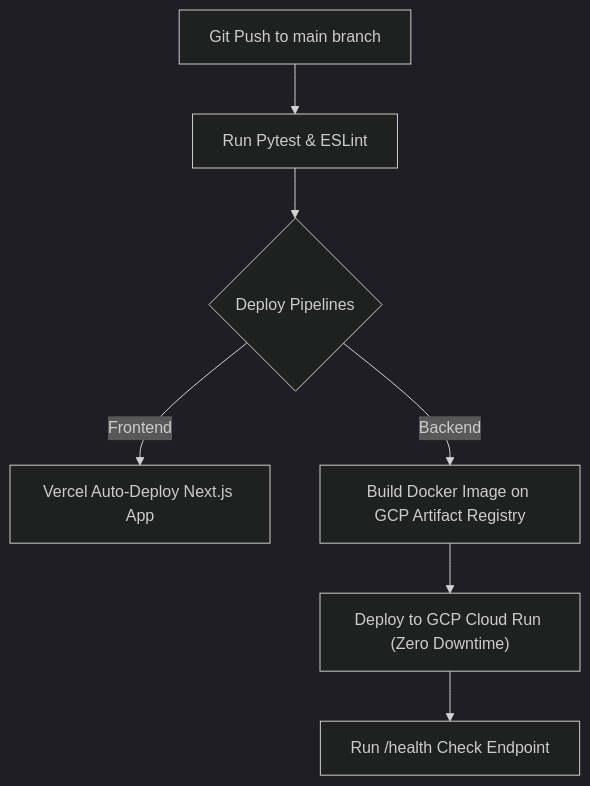
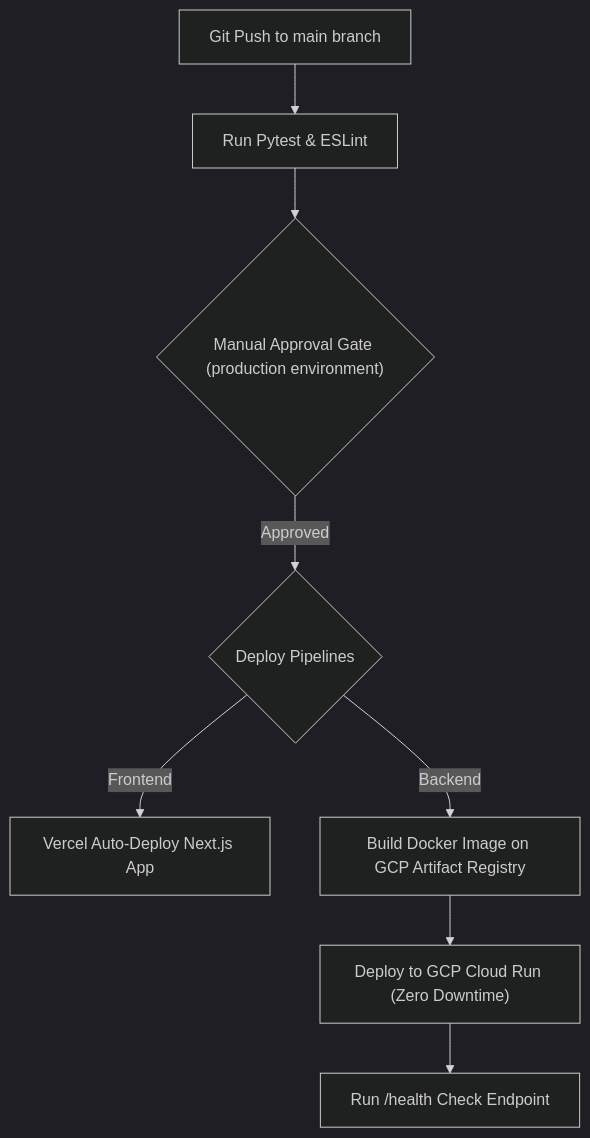
One commit to benoirajan/portfolio-assistant changed the second of 2 diagrams in docs/architecture/HYBRID_DEPLOYMENT_PLAN.md. Above: the diagram before and after it, drawn with Mermaid (dark theme). The commit also changed other lines of this file and 3 other files, not shown here.

Commit message:
docs: add production deployment URLs and manual approval gate to deployment runbook and workflow

````diff
--- a/docs/architecture/HYBRID_DEPLOYMENT_PLAN.md
+++ b/docs/architecture/HYBRID_DEPLOYMENT_PLAN.md
@@ -110,11 +110,13 @@
 ```mermaid
 flowchart TD
     PUSH["Git Push to main branch"] --> BUILD_TEST["Run Pytest & ESLint"]
-    BUILD_TEST --> PARALLEL{"Deploy Pipelines"}
+    BUILD_TEST --> GATE{"Manual Approval Gate (production environment)"}
+    
+    GATE -->|Approved| PARALLEL{"Deploy Pipelines"}
     
     PARALLEL -->|Frontend| VERCEL_DEPLOY["Vercel Auto-Deploy Next.js App"]
     PARALLEL -->|Backend| GCP_BUILD["Build Docker Image on GCP Artifact Registry"]
     
     GCP_BUILD --> CLOUD_RUN_DEPLOY["Deploy to GCP Cloud Run (Zero Downtime)"]
     CLOUD_RUN_DEPLOY --> HEALTH_CHECK["Run /health Check Endpoint"]
 ```
````
